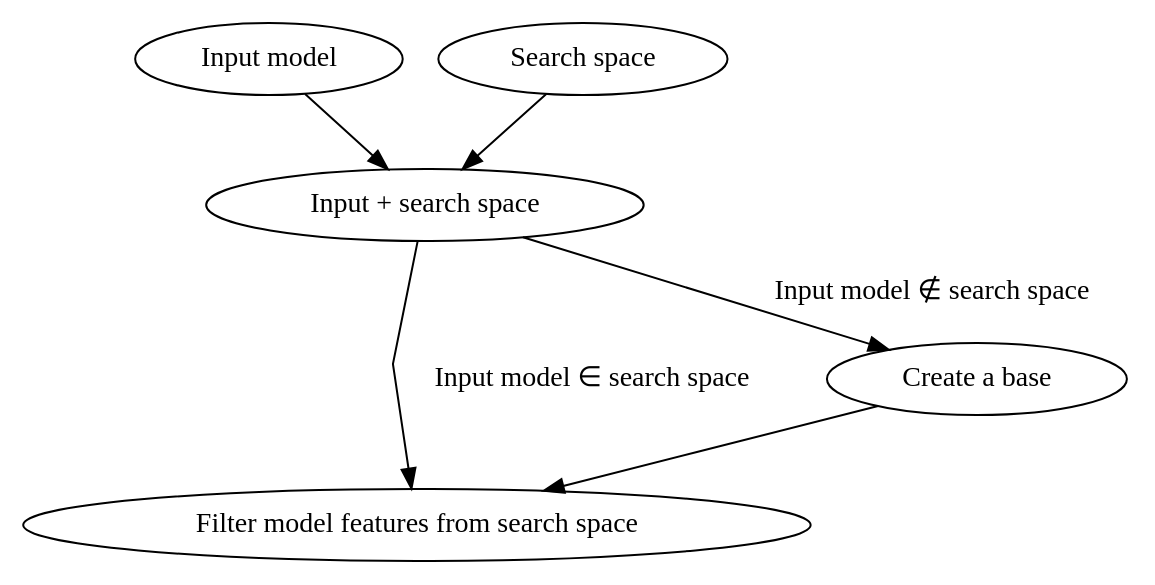
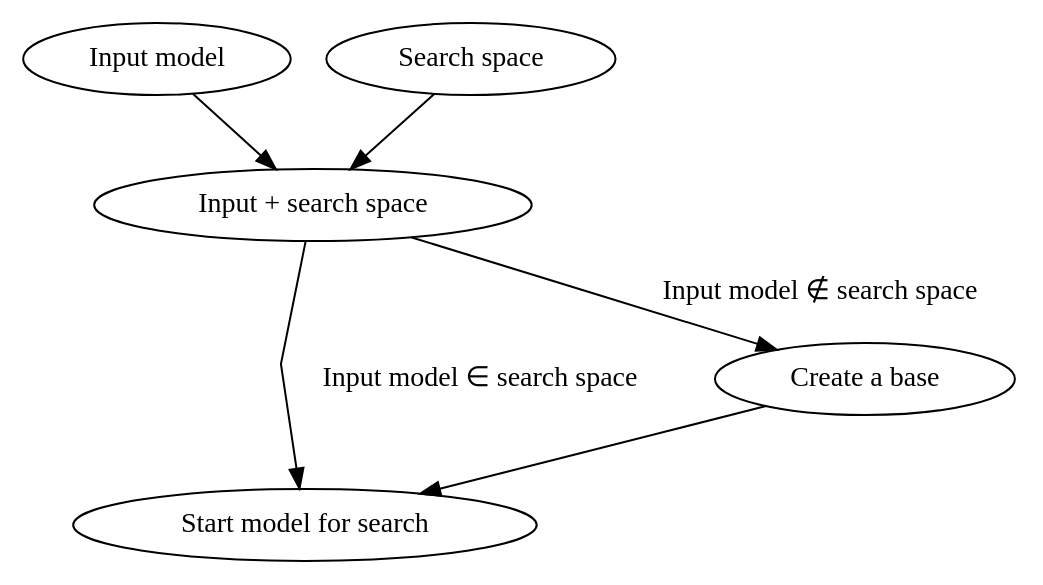
Before and after one commit to pharmpy/pharmpy.github.io: the first of 4 diagrams in latest/_static/modelsearch.rst, drawn with Graphviz. The commit also changed other lines of this file and 1298 other files, not shown here.

```diff
--- a/latest/_static/modelsearch.rst
+++ b/latest/_static/modelsearch.rst
@@ -121,30 +118,30 @@
 .. graphviz::
 
     digraph G {
     splines = false
       input_model [
         label = "Input model";
       ];
       
       search_space [
         label = "Search space";
       ];
       
       input_ss [
         label = "Input + search space";
       ];
       
       filter_model [
-        label = "Filter model features from search space";
+        label = "Start model for search";
       ];
       
       create_base [
         label = "Create a base";
       ];
 
       input_model -> input_ss;
       search_space -> input_ss;
       input_ss -> create_base [label = "Input model &notin; search space"];
       create_base -> filter_model;
       input_ss -> filter_model [label = "Input model &isin; search space"];
     }
```
